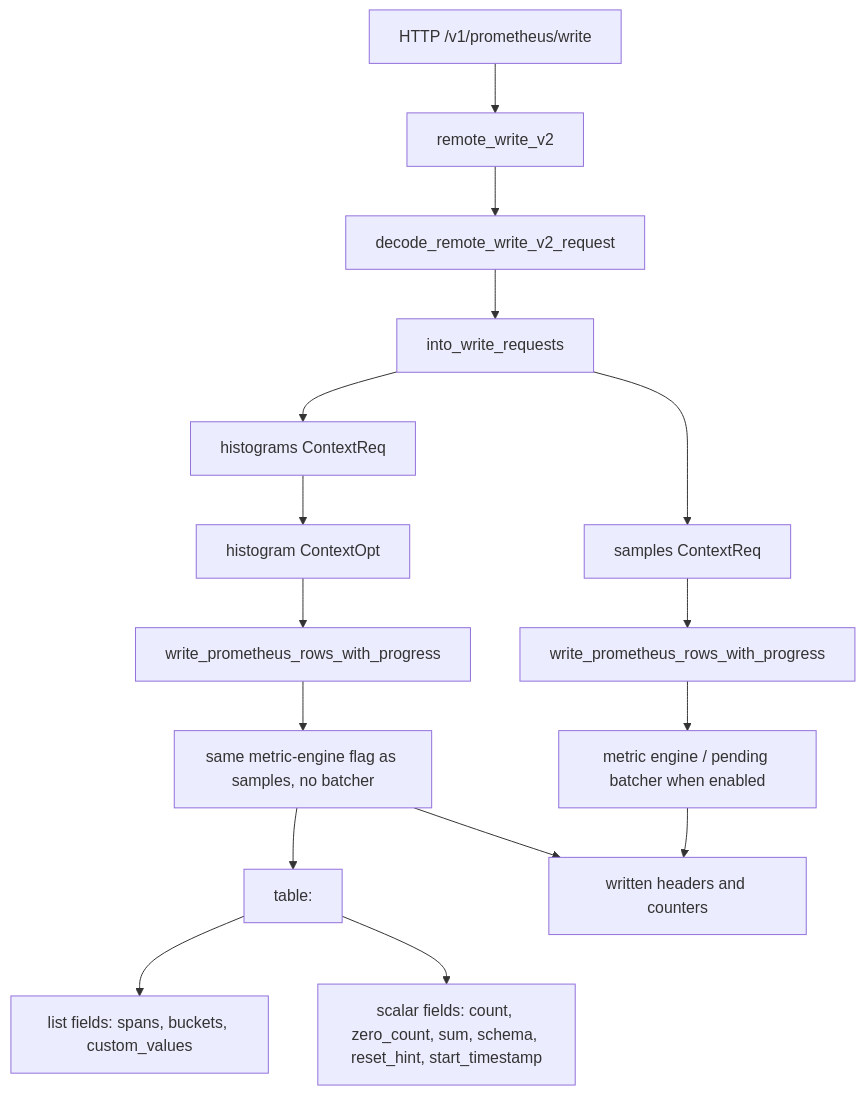
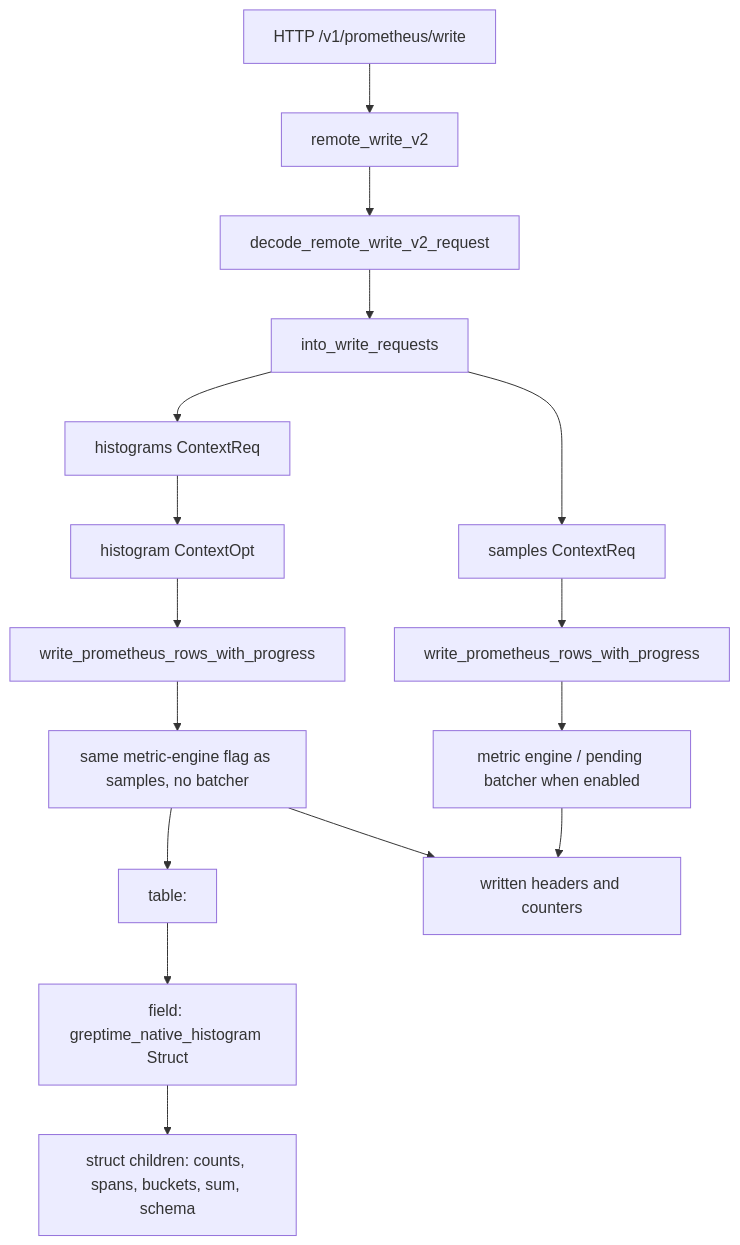
Before and after one commit to GreptimeTeam/greptimedb: the diagram in src/servers/src/prom_remote_write/README.md, drawn with Mermaid. The commit also changed other lines of this file and 14 other files, not shown here.

````diff
--- a/src/servers/src/prom_remote_write/README.md
+++ b/src/servers/src/prom_remote_write/README.md
@@ -11,22 +11,22 @@
 ```mermaid
 flowchart TD
     A["HTTP /v1/prometheus/write"] --> B["remote_write_v2"]
     B --> C["decode_remote_write_v2_request"]
     C --> D["into_write_requests"]
 
     D --> E["samples ContextReq"]
     D --> F["histograms ContextReq"]
 
     E --> G["write_prometheus_rows_with_progress"]
     G --> H["metric engine / pending batcher when enabled"]
 
     F --> I["histogram ContextOpt"]
     I --> J["write_prometheus_rows_with_progress"]
     J --> K["same metric-engine flag as samples, no batcher"]
     K --> L["table: <metric>"]
 
-    L --> M["list fields: spans, buckets, custom_values"]
-    L --> N["scalar fields: count, zero_count, sum, schema, reset_hint, start_timestamp"]
+    L --> M["field: greptime_native_histogram Struct"]
+    M --> N["struct children: counts, spans, buckets, sum, schema"]
     H --> P["written headers and counters"]
     K --> P
 ```
````
